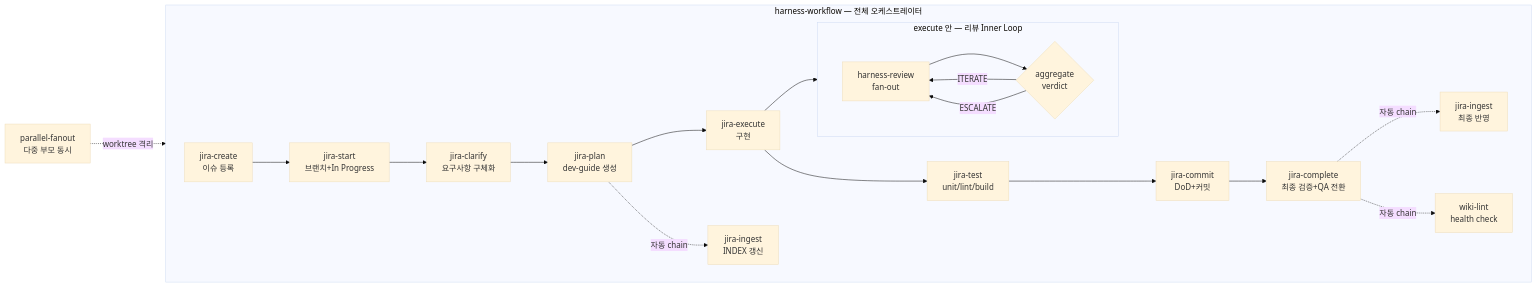
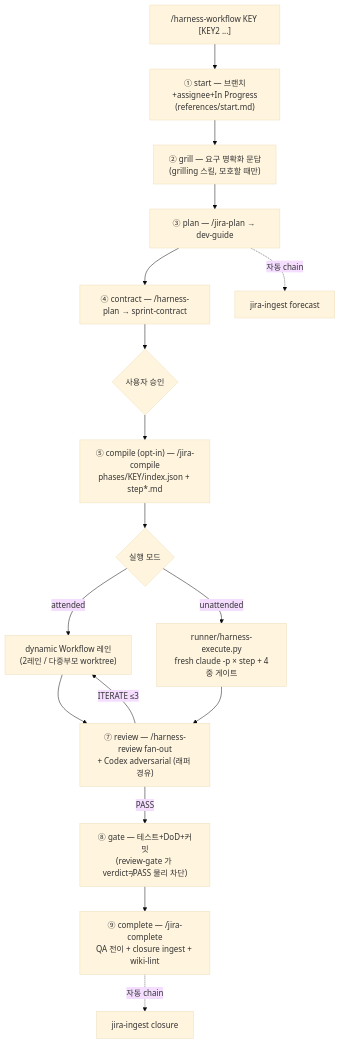
The diagram in README.md (bigbulgogiburger/claude_jira_harness), drawn with Mermaid (base theme) before and after one commit. The commit also changed other lines of this file and 45 other files, not shown here.

First line of the commit message:
feat: v2 대개편 (ADR-106) — 유일 진입점·물리 게이트·headless runner·Agent Teams 폐기

````diff
--- a/README.md
+++ b/README.md
@@ -57,27 +46,19 @@
 ```mermaid
-flowchart LR
-    subgraph WF["harness-workflow — 전체 오케스트레이터"]
-        direction LR
-        create["jira-create<br/>이슈 등록"] --> start["jira-start<br/>브랜치+In Progress"]
-        start --> clarify["jira-clarify<br/>요구사항 구체화"]
-        clarify --> plan["jira-plan<br/>dev-guide 생성"]
-        plan --> execute["jira-execute<br/>구현"]
-        execute --> test["jira-test<br/>unit/lint/build"]
-        test --> commit["jira-commit<br/>DoD+커밋"]
-        commit --> complete["jira-complete<br/>최종 검증+QA 전환"]
-
-        subgraph INNER["execute 안 — 리뷰 Inner Loop"]
-            direction LR
-            review["harness-review<br/>fan-out"] --> verdict{"aggregate<br/>verdict"}
-            verdict -->|ITERATE| review
-            verdict -->|ESCALATE| review
-        end
-        execute --> review
-
-        plan -. 자동 chain .-> ingest1["jira-ingest<br/>INDEX 갱신"]
-        complete -. 자동 chain .-> ingest2["jira-ingest<br/>최종 반영"]
-        complete -. 자동 chain .-> lint["wiki-lint<br/>health check"]
-    end
-
-    fanout["parallel-fanout<br/>다중 부모 동시"] -.->|worktree 격리| WF
+flowchart TD
+    U["/harness-workflow KEY [KEY2 ...]"] --> S1["① start — 브랜치+assignee+In Progress<br/>(references/start.md)"]
+    S1 --> S2["② grill — 요구 명확화 문답<br/>(grilling 스킬, 모호할 때만)"]
+    S2 --> S3["③ plan — /jira-plan → dev-guide"]
+    S3 --> S4["④ contract — /harness-plan → sprint-contract"]
+    S4 --> H{"사용자 승인"}
+    H --> S5["⑤ compile (opt-in) — /jira-compile<br/>phases/KEY/index.json + step*.md"]
+    S5 --> M{"실행 모드"}
+    M -->|attended| A["dynamic Workflow 레인<br/>(2레인 / 다중부모 worktree)"]
+    M -->|unattended| R["runner/harness-execute.py<br/>fresh claude -p × step + 4중 게이트"]
+    A --> S7["⑦ review — /harness-review fan-out<br/>+ Codex adversarial (래퍼 경유)"]
+    R --> S7
+    S7 -->|"ITERATE ≤3"| A
+    S7 -->|PASS| S8["⑧ gate — 테스트+DoD+커밋<br/>(review-gate 가 verdict≠PASS 물리 차단)"]
+    S8 --> S9["⑨ complete — /jira-complete<br/>QA 전이 + closure ingest + wiki-lint"]
+    S3 -.자동 chain.-> I1["jira-ingest forecast"]
+    S9 -.자동 chain.-> I2["jira-ingest closure"]
 ```
````
